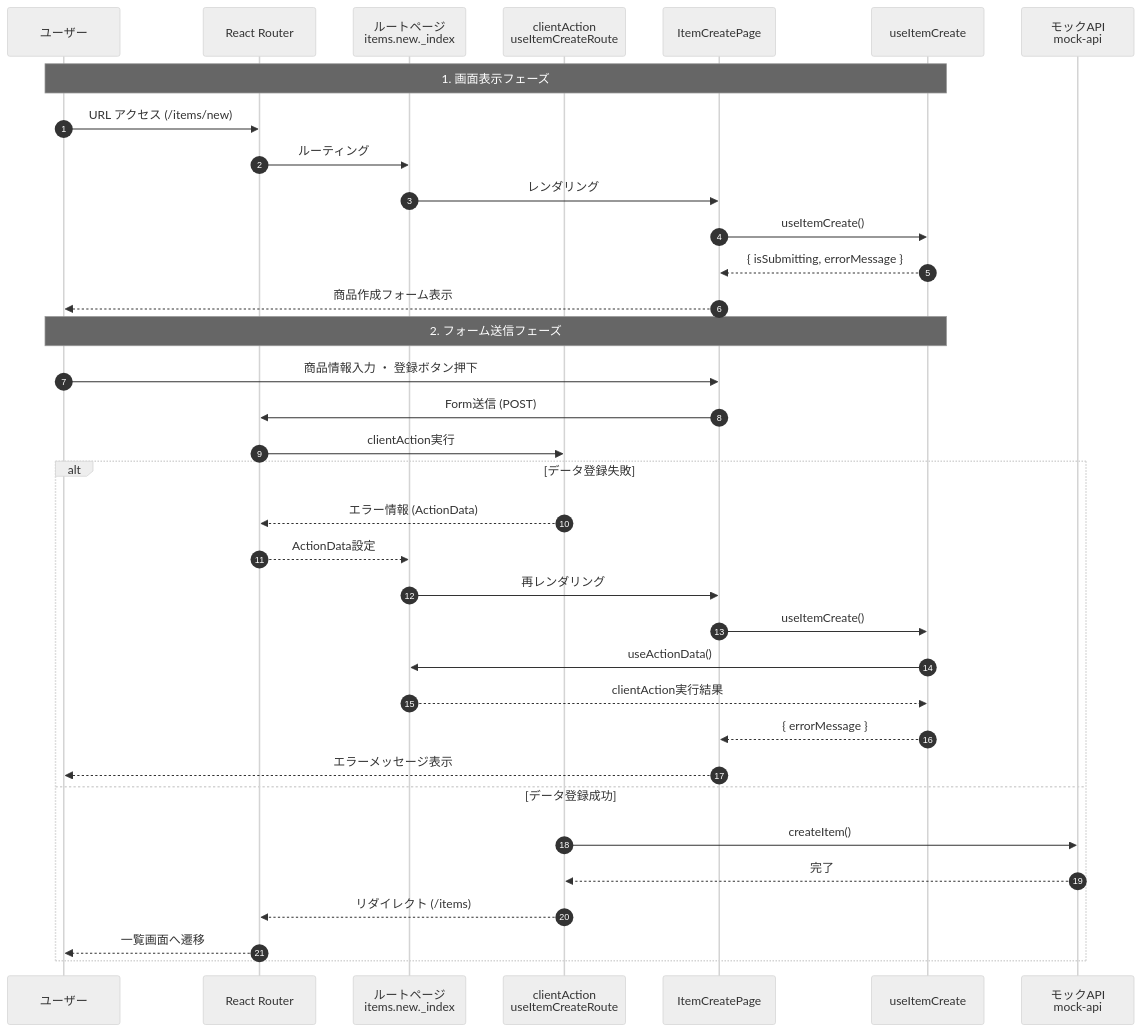
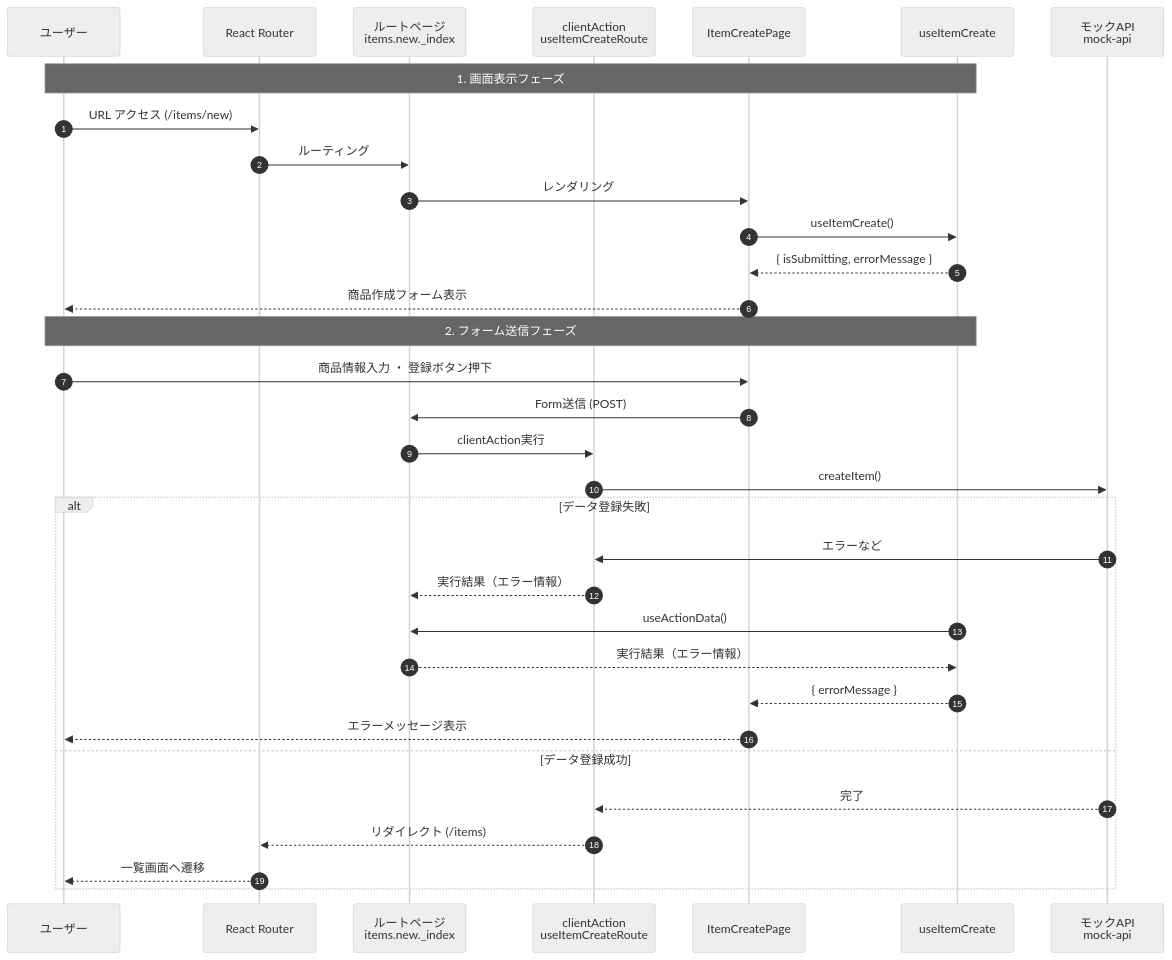
One commit to daisuke0412/react-sample changed the second of 3 diagrams in docs/guide/5.サンプルアプリ実装.md. Above: the diagram before and after it, drawn with Mermaid (neutral theme). The commit also changed other lines of this file, not shown here.

````diff
--- a/docs/guide/5.サンプルアプリ実装.md
+++ b/docs/guide/5.サンプルアプリ実装.md
@@ -496,40 +496,38 @@
 ```mermaid
 sequenceDiagram
     autonumber
     participant user as ユーザー
     participant ReactRouter as React Router
     participant Route as ルートページ<br>items.new._index
     participant Action as clientAction<br>useItemCreateRoute
     participant Page as ItemCreatePage
     participant Hook as useItemCreate
     participant Mock as モックAPI<br>mock-api
 
     Note over user, Hook: 1. 画面表示フェーズ
     user->>ReactRouter: URL アクセス (/items/new)
     ReactRouter->>Route: ルーティング
     Route->>Page: レンダリング
     Page->>Hook: useItemCreate()
     Hook-->>Page: { isSubmitting, errorMessage }
     Page-->>user: 商品作成フォーム表示
 
     Note over user, Hook: 2. フォーム送信フェーズ
     user->>Page: 商品情報入力 ・ 登録ボタン押下
-    Page->>ReactRouter: Form送信 (POST)
-    ReactRouter->>Action: clientAction実行
+    Page->>Route: Form送信 (POST)
+    Route->>Action: clientAction実行
+    Action->>Mock: createItem()
     
     alt データ登録失敗
-        Action-->>ReactRouter: エラー情報 (ActionData)
-        ReactRouter-->>Route: ActionData設定
-        Route->>Page: 再レンダリング
-        Page->>Hook: useItemCreate()
+      Mock->>Action: エラーなど
+        Action-->>Route: 実行結果（エラー情報）
         Hook->>Route: useActionData()
-        Route-->>Hook: clientAction実行結果
+        Route-->>Hook: 実行結果（エラー情報）
         Hook-->>Page: { errorMessage }
         Page-->>user: エラーメッセージ表示
     else データ登録成功
-        Action->>Mock: createItem()
         Mock-->>Action: 完了
         Action-->>ReactRouter: リダイレクト (/items)
         ReactRouter-->>user: 一覧画面へ遷移
     end
 ```
````
